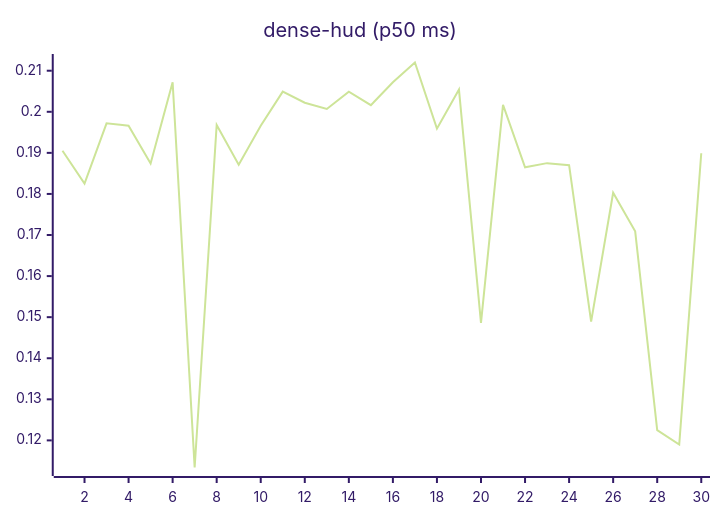
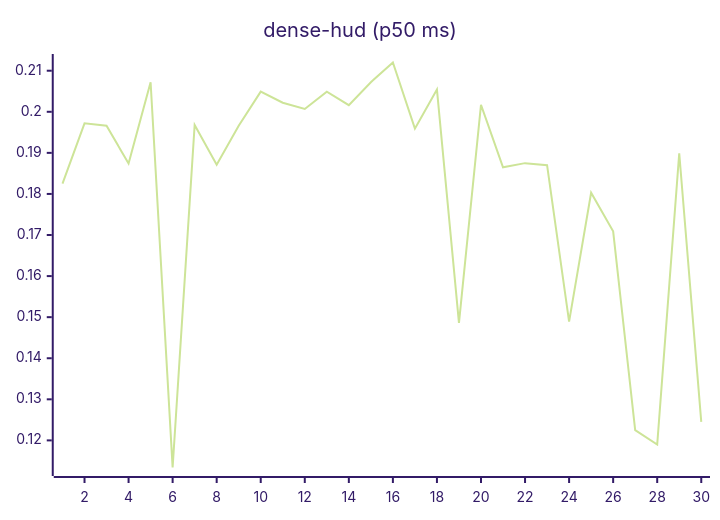
One commit to josha/Facet changed the eighth of 27 diagrams in README.md. Above: the diagram before and after it, drawn with Mermaid (forest theme). The commit also changed other lines of this file and 2 other files, not shown here.

````diff
--- a/README.md
+++ b/README.md
@@ -112,6 +112,6 @@
 ```mermaid
 xychart-beta
     title "dense-hud (p50 ms)"
     x-axis 1 --> 30
-    line [0.1905, 0.1825, 0.1972, 0.1966, 0.1874, 0.2072, 0.1134, 0.1968, 0.1871, 0.1966, 0.2049, 0.2022, 0.2007, 0.2049, 0.2016, 0.2072, 0.2120, 0.1959, 0.2054, 0.1486, 0.2017, 0.1865, 0.1875, 0.1870, 0.1489, 0.1803, 0.1709, 0.1225, 0.1190, 0.1899]
+    line [0.1825, 0.1972, 0.1966, 0.1874, 0.2072, 0.1134, 0.1968, 0.1871, 0.1966, 0.2049, 0.2022, 0.2007, 0.2049, 0.2016, 0.2072, 0.2120, 0.1959, 0.2054, 0.1486, 0.2017, 0.1865, 0.1875, 0.1870, 0.1489, 0.1803, 0.1709, 0.1225, 0.1190, 0.1899, 0.1245]
 ```
````
